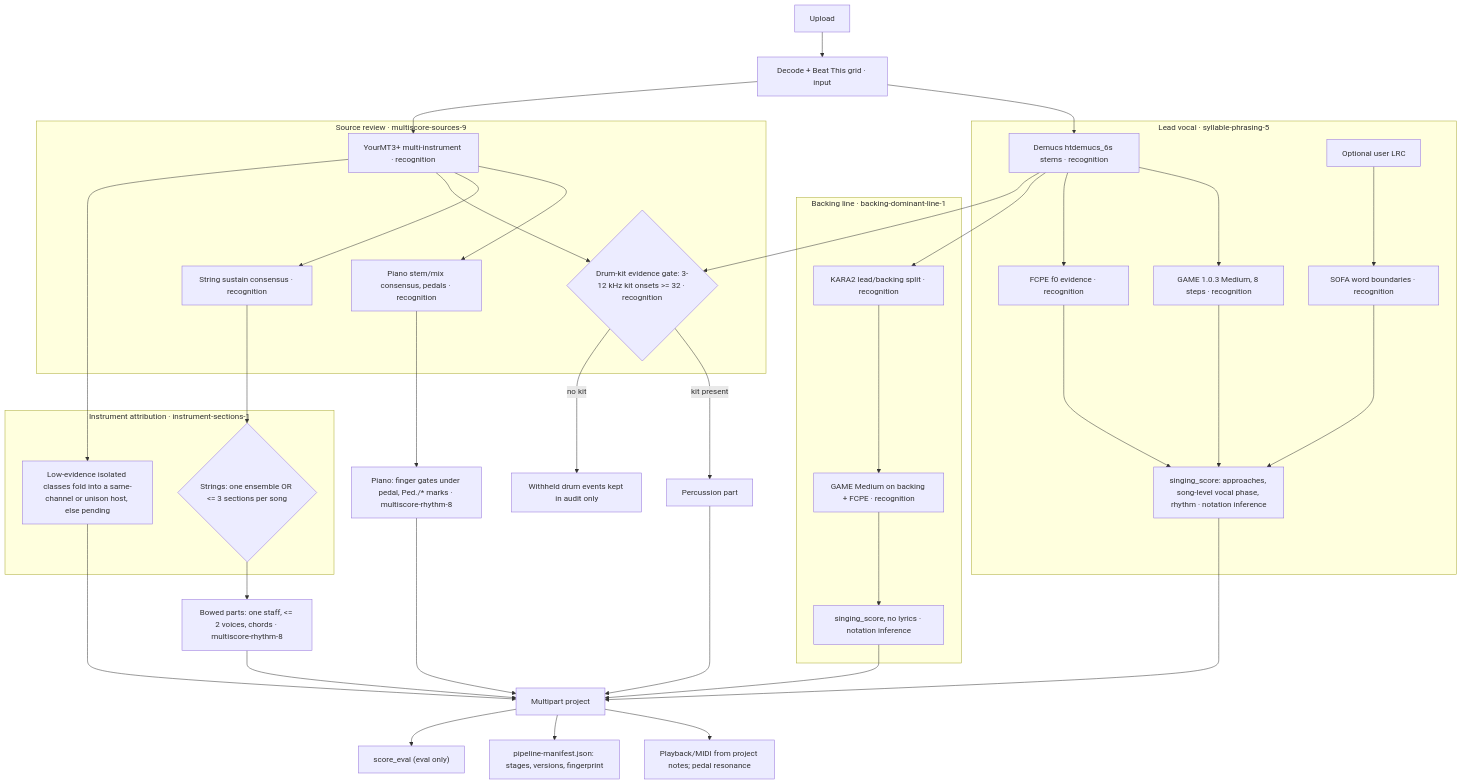
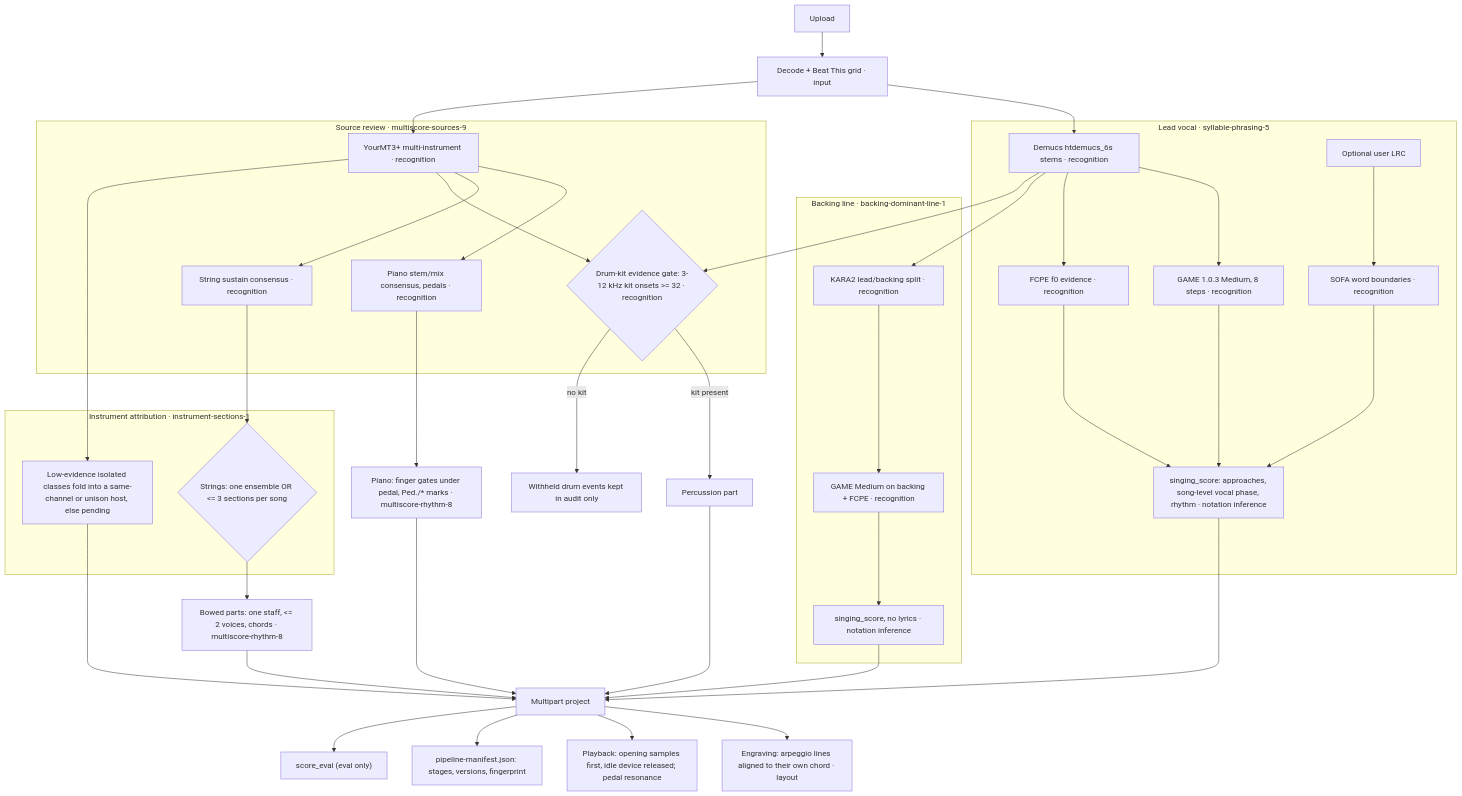
One commit to zzzhhn/coro-workbench changed the fifth of 5 diagrams in docs/PIPELINE.md. Above: the diagram before and after it, drawn with Mermaid. The commit also changed other lines of this file and 1 other file, not shown here.

Commit message:
docs: round-2 outcomes (piano arpeggio merged; harmony and strings attempts rejected), handoff, pipeline diagram

````diff
--- a/docs/PIPELINE.md
+++ b/docs/PIPELINE.md
@@ -303,47 +322,48 @@
 ```mermaid
 flowchart TD
   A[Upload] --> B[Decode + Beat This grid · input]
   B --> SEP[Demucs htdemucs_6s stems · recognition]
   B --> MT[YourMT3+ multi-instrument · recognition]
 
   subgraph Vocal["Lead vocal · syllable-phrasing-5"]
     SEP --> GE[GAME 1.0.3 Medium, 8 steps · recognition]
     SEP --> FC[FCPE f0 evidence · recognition]
     LRC[Optional user LRC] --> SOFA[SOFA word boundaries · recognition]
     GE --> SS[singing_score: approaches, song-level vocal phase, rhythm · notation inference]
     FC --> SS
     SOFA --> SS
   end
 
   subgraph Backing["Backing line · backing-dominant-line-1"]
     SEP --> K[KARA2 lead/backing split · recognition]
     K --> BG[GAME Medium on backing + FCPE · recognition]
     BG --> BS[singing_score, no lyrics · notation inference]
   end
 
   subgraph Sources["Source review · multiscore-sources-9"]
     MT --> PC[Piano stem/mix consensus, pedals · recognition]
     MT --> STR[String sustain consensus · recognition]
     SEP --> DK{Drum-kit evidence gate: 3-12 kHz kit onsets >= 32 · recognition}
     MT --> DK
   end
 
   subgraph Attribution["Instrument attribution · instrument-sections-1"]
     STR --> SW{Strings: one ensemble OR <= 3 sections per song}
     MT --> LOW[Low-evidence isolated classes fold into a same-channel or unison host, else pending]
   end
 
   PC --> PR[Piano: finger gates under pedal, Ped./* marks · multiscore-rhythm-8]
   SW --> SR[Bowed parts: one staff, <= 2 voices, chords · multiscore-rhythm-8]
   DK -->|kit present| DR[Percussion part]
   DK -->|no kit| WH[Withheld drum events kept in audit only]
   SS --> PRJ[Multipart project]
   BS --> PRJ
   PR --> PRJ
   SR --> PRJ
   LOW --> PRJ
   DR --> PRJ
-  PRJ --> AUD[Playback/MIDI from project notes; pedal resonance]
+  PRJ --> ENG[Engraving: arpeggio lines aligned to their own chord · layout]
+  PRJ --> AUD[Playback: opening samples first, idle device released; pedal resonance]
   PRJ --> MAN[pipeline-manifest.json: stages, versions, fingerprint]
   PRJ --> EV["score_eval (eval only)"]
 ```
````
